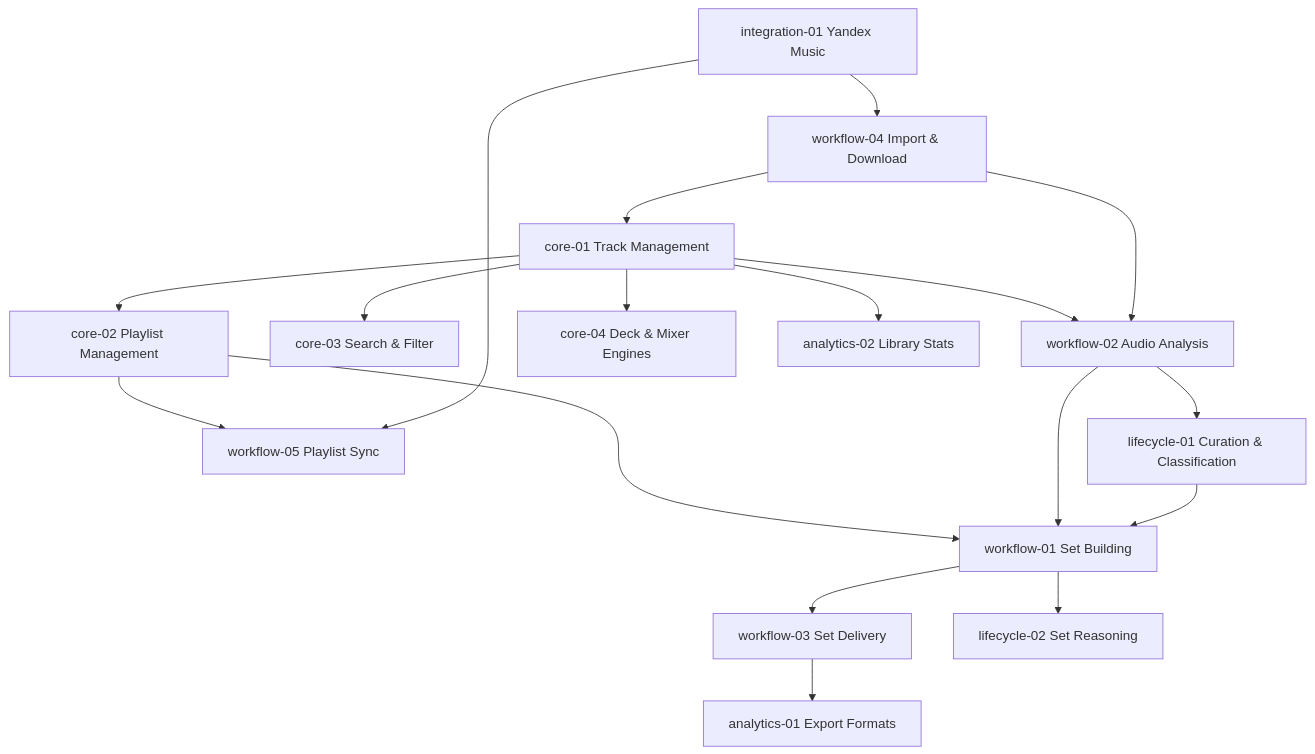
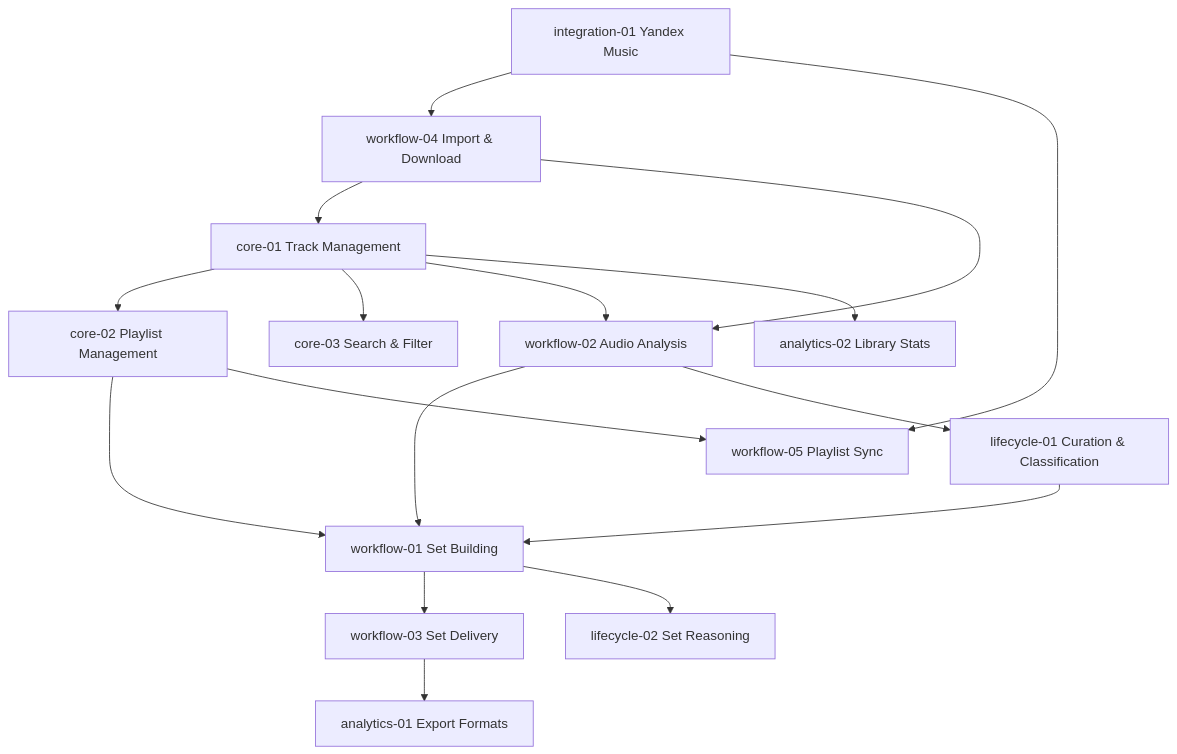
Before and after one commit to evgenygurin/dj-music-plugin: the diagram in docs/technical-requirements/features/README.md, drawn with Mermaid. The commit also changed other lines of this file and 337 other files, not shown here.

````diff
--- a/docs/technical-requirements/features/README.md
+++ b/docs/technical-requirements/features/README.md
@@ -5,20 +5,19 @@
 ```mermaid
 graph TD
     CORE_TRK[core-01 Track Management] --> CORE_PL[core-02 Playlist Management]
     CORE_TRK --> CORE_SEARCH[core-03 Search & Filter]
     CORE_PL --> WORK_SET[workflow-01 Set Building]
     CORE_TRK --> WORK_AUDIO[workflow-02 Audio Analysis]
     WORK_AUDIO --> WORK_SET
     WORK_SET --> WORK_DELIV[workflow-03 Set Delivery]
     INT_YM[integration-01 Yandex Music] --> WORK_IMPORT[workflow-04 Import & Download]
     WORK_IMPORT --> CORE_TRK
     WORK_IMPORT --> WORK_AUDIO
     CORE_PL --> WORK_SYNC[workflow-05 Playlist Sync]
     INT_YM --> WORK_SYNC
     WORK_AUDIO --> LIFE_CURATION[lifecycle-01 Curation & Classification]
     LIFE_CURATION --> WORK_SET
     WORK_SET --> LIFE_REASON[lifecycle-02 Set Reasoning]
-    CORE_TRK --> ENG_DECK[core-04 Deck & Mixer Engines]
     WORK_DELIV --> ANAL_EXPORT[analytics-01 Export Formats]
     CORE_TRK --> ANAL_STATS[analytics-02 Library Stats]
 ```
````
